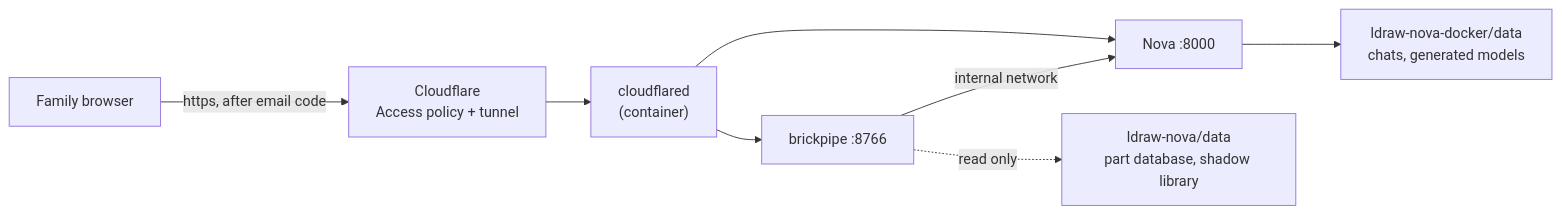
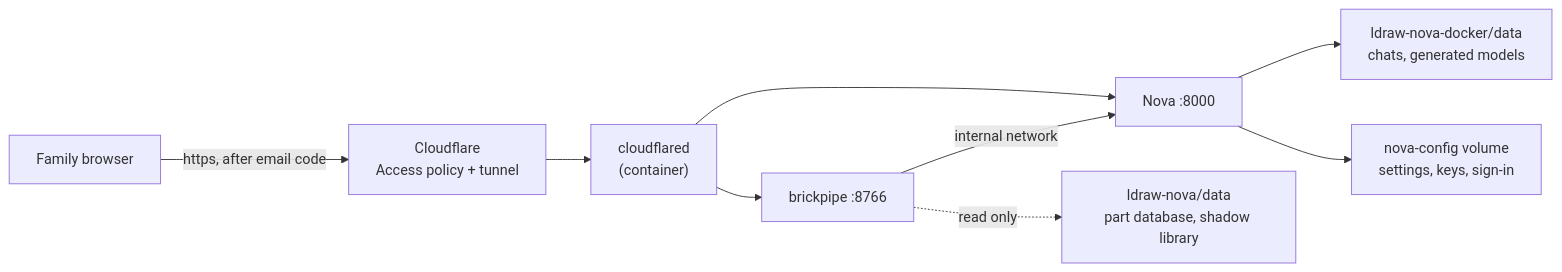
One commit to cgans/brickpipe changed the diagram in docs/hosting.md. Above: the diagram before and after it, drawn with Mermaid. The commit also changed other lines of this file and 4 other files, not shown here.

````diff
--- a/docs/hosting.md
+++ b/docs/hosting.md
@@ -13,10 +14,11 @@
 ```mermaid
 flowchart LR
     F["Family browser"] -->|https, after email code| CF["Cloudflare<br/>Access policy + tunnel"]
     CF --> T["cloudflared<br/>(container)"]
     T --> B["brickpipe :8766"]
     T --> N["Nova :8000"]
     B -->|internal network| N
     B -.->|read only| D["ldraw-nova/data<br/>part database, shadow library"]
     N --> G["ldraw-nova-docker/data<br/>chats, generated models"]
+    N --> C["nova-config volume<br/>settings, keys, sign-in"]
 ```
````
